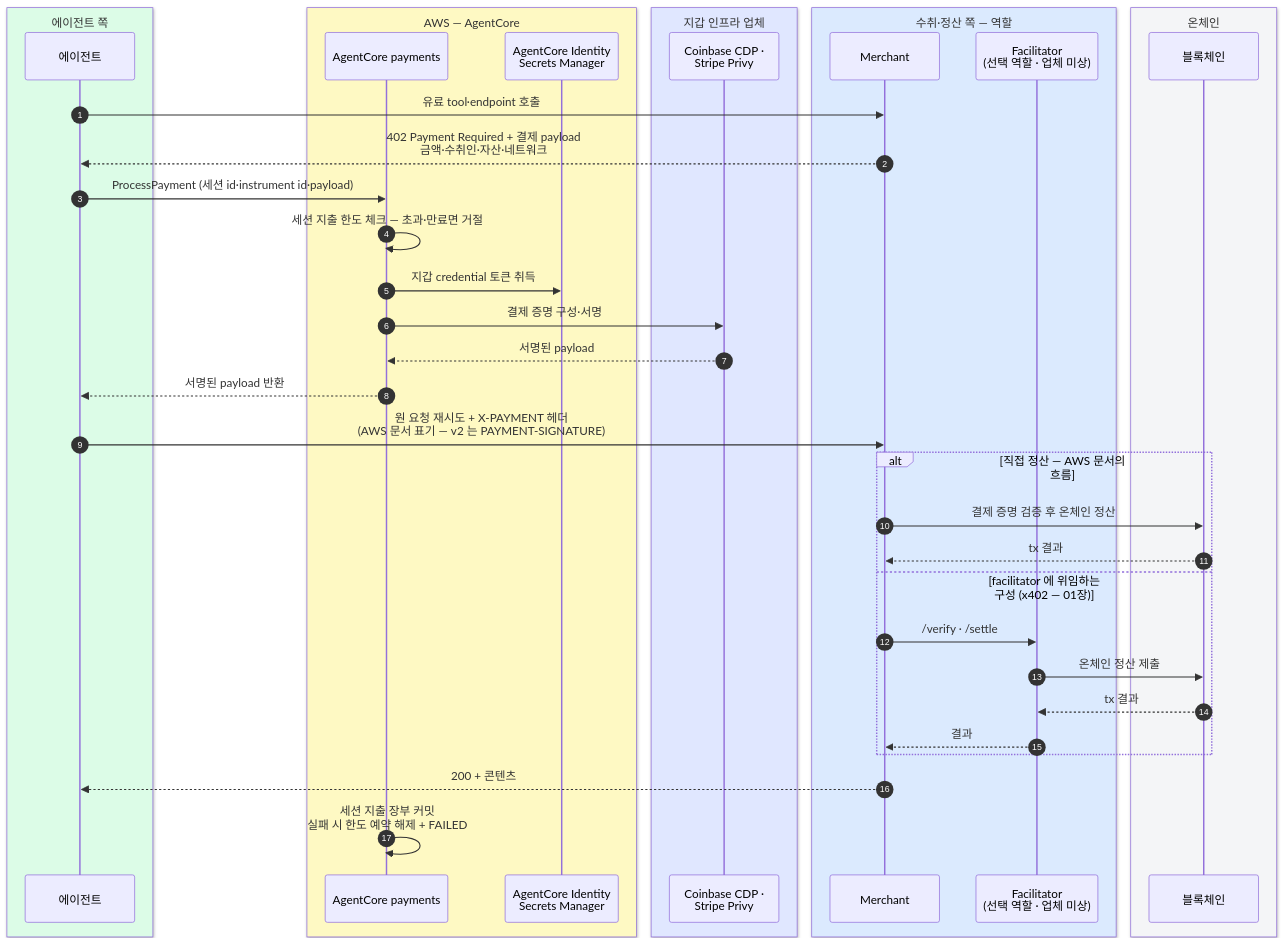
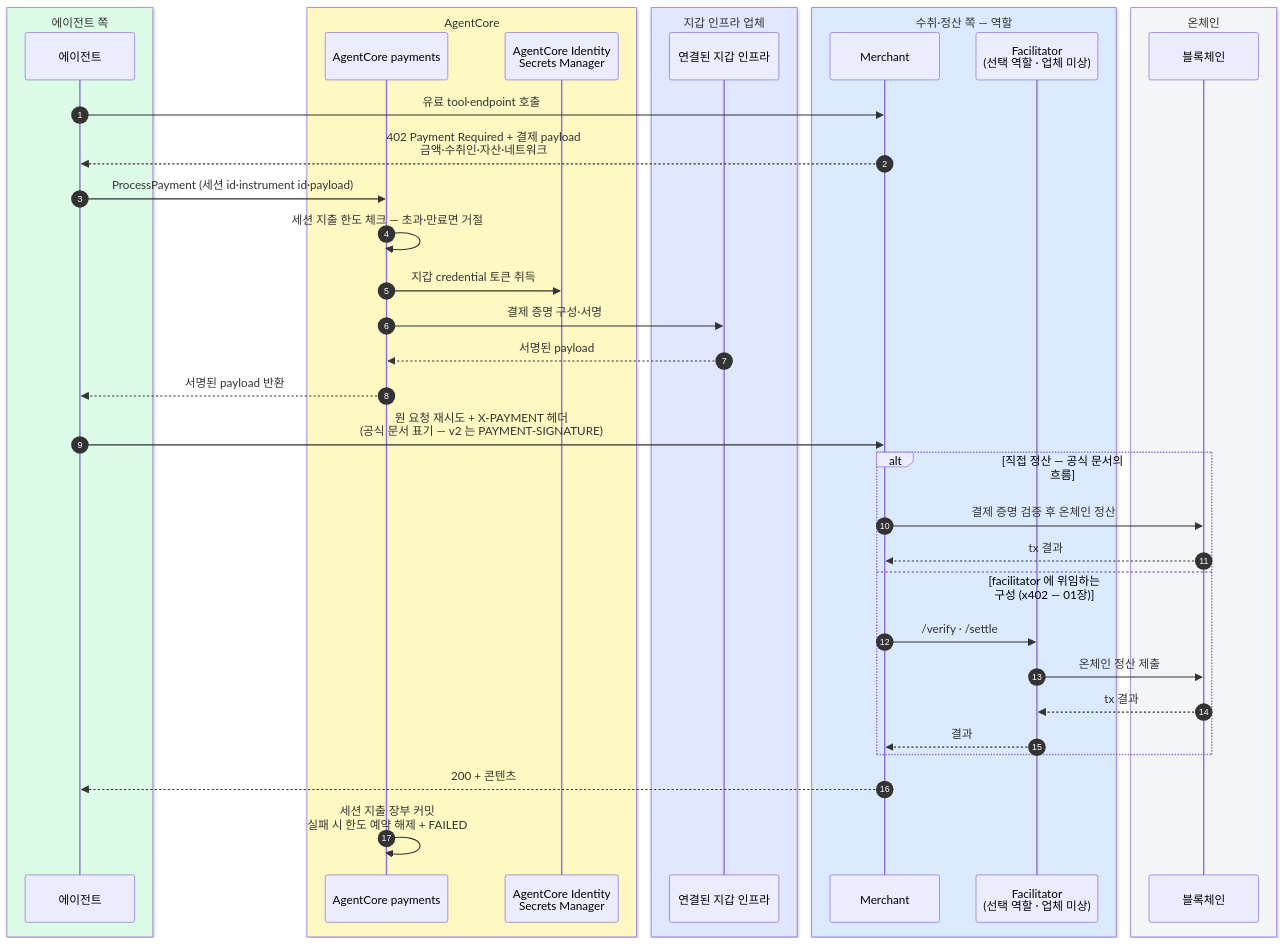
One commit to eunsujeo/eunpus changed the diagram in blockchain-manager/docs/디지털 자산/에이전트 결제/02-agentcore-payments.md. Above: the diagram before and after it, drawn with Mermaid. The commit also changed other lines of this file and 13 other files, not shown here.

````diff
--- a/blockchain-manager/docs/디지털 자산/에이전트 결제/02-agentcore-payments.md
+++ b/blockchain-manager/docs/디지털 자산/에이전트 결제/02-agentcore-payments.md
@@ -41,42 +41,42 @@
 ```mermaid
 sequenceDiagram
     autonumber
     box rgb(220,252,231) 에이전트 쪽
         participant A as 에이전트
     end
-    box rgb(254,249,195) AWS — AgentCore
+    box rgb(254,249,195) AgentCore
         participant P as AgentCore payments
         participant I as AgentCore Identity<br/>Secrets Manager
     end
     box rgb(224,231,255) 지갑 인프라 업체
-        participant W as Coinbase CDP ·<br/>Stripe Privy
+        participant W as 연결된 지갑 인프라
     end
     box rgb(219,234,254) 수취·정산 쪽 — 역할
         participant M as Merchant
         participant F as Facilitator<br/>(선택 역할 · 업체 미상)
     end
     box rgb(244,245,247) 온체인
         participant N as 블록체인
     end
 
     A->>M: 유료 tool·endpoint 호출
     M-->>A: 402 Payment Required + 결제 payload<br/>금액·수취인·자산·네트워크
     A->>P: ProcessPayment (세션 id·instrument id·payload)
     P->>P: 세션 지출 한도 체크 — 초과·만료면 거절
     P->>I: 지갑 credential 토큰 취득
     P->>W: 결제 증명 구성·서명
     W-->>P: 서명된 payload
     P-->>A: 서명된 payload 반환
-    A->>M: 원 요청 재시도 + X-PAYMENT 헤더<br/>(AWS 문서 표기 — v2 는 PAYMENT-SIGNATURE)
-    alt 직접 정산 — AWS 문서의 흐름
+    A->>M: 원 요청 재시도 + X-PAYMENT 헤더<br/>(공식 문서 표기 — v2 는 PAYMENT-SIGNATURE)
+    alt 직접 정산 — 공식 문서의 흐름
         M->>N: 결제 증명 검증 후 온체인 정산
         N-->>M: tx 결과
     else facilitator 에 위임하는 구성 (x402 — 01장)
         M->>F: /verify · /settle
         F->>N: 온체인 정산 제출
         N-->>F: tx 결과
         F-->>M: 결과
     end
     M-->>A: 200 + 콘텐츠
     P->>P: 세션 지출 장부 커밋<br/>실패 시 한도 예약 해제 + FAILED
 ```
````
